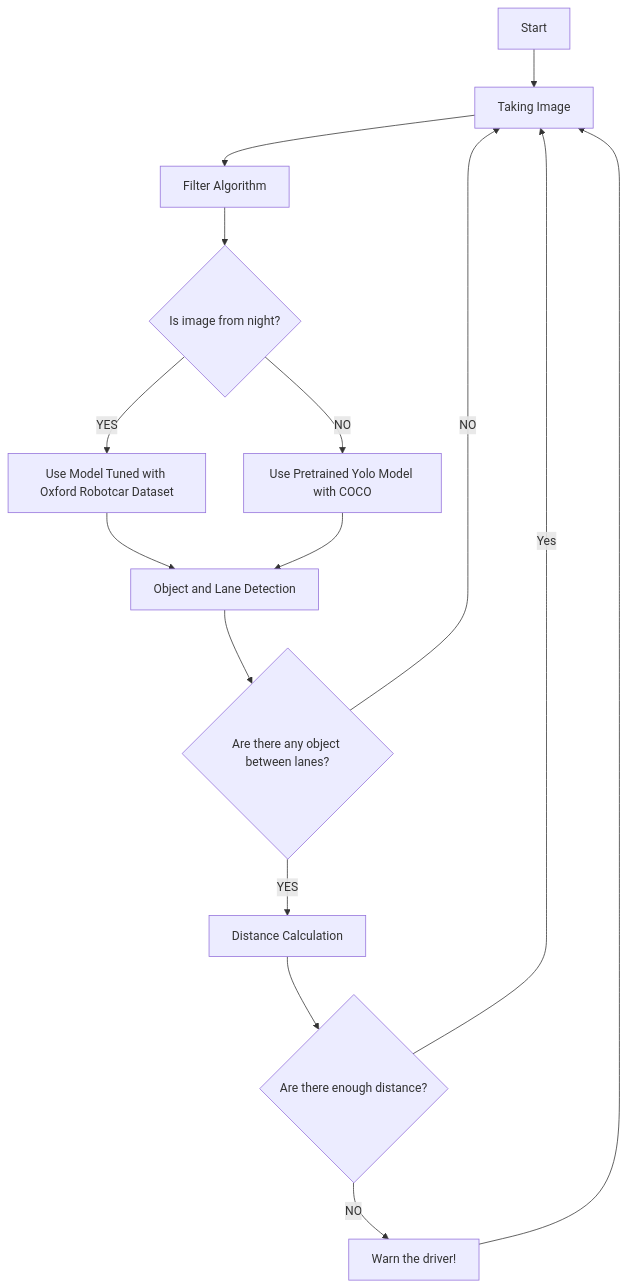
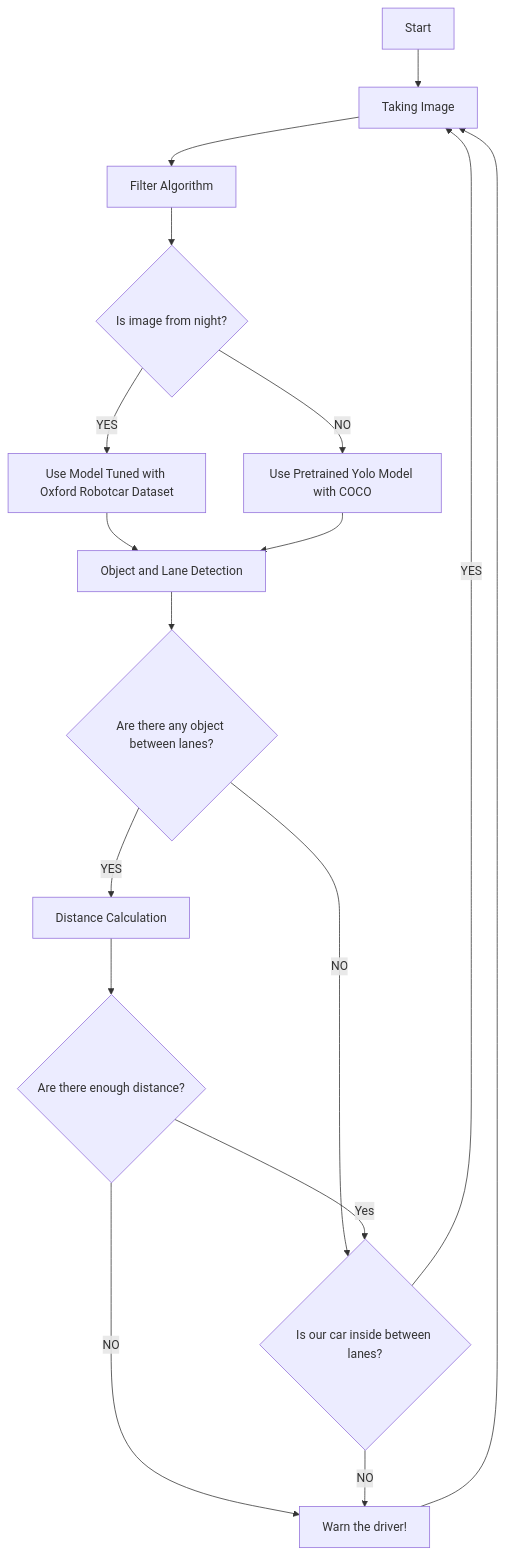
The diagram in README.md (bariscankurtkaya/DL-DAS), drawn with Mermaid before and after one commit.

````diff
--- a/README.md
+++ b/README.md
@@ -24,17 +24,19 @@
 ```mermaid
 flowchart TD
     A[Start] --> B[Taking Image]
     B --> C[Filter Algorithm]
     C --> D{Is image from night?}
     D --> |YES| E[Use Model Tuned with Oxford Robotcar Dataset]
     D --> |NO| F[Use Pretrained Yolo Model with COCO]
     E --> G[Object and Lane Detection]
     F --> G
     G --> H{Are there any object between lanes?}
     H --> |YES| I[Distance Calculation]
-    H --> |NO| B
+    H --> |NO| L{Is our car inside between lanes?}
     I --> J{Are there enough distance?}
-    J --> |Yes| B
+    J --> |Yes| L
     J --> |NO| K[Warn the driver!]
+    L --> |YES| B
+    L --> |NO| K
     K --> B
 ```
````
